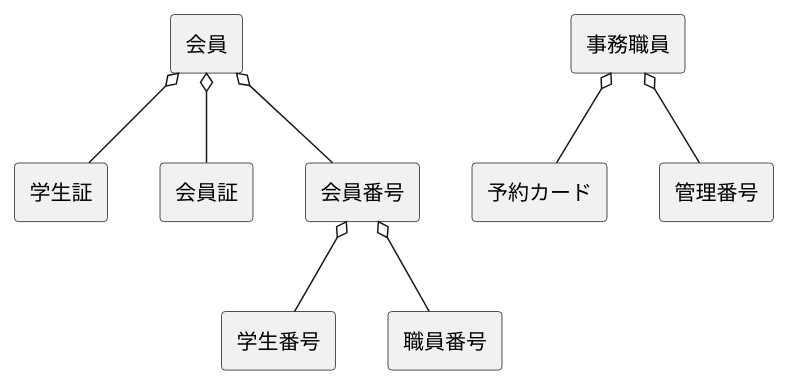
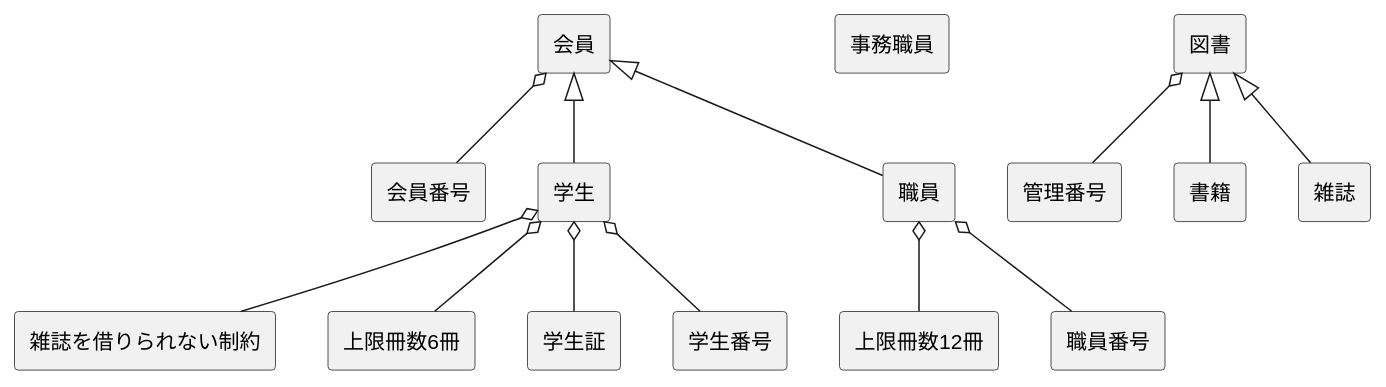
Before and after one commit to FujikawaHirono0520/group3_1_dogdog: the diagram in kouka/domain.pu, drawn with PlantUML.

```diff
--- a/kouka/domain.pu
+++ b/kouka/domain.pu
@@ -1,13 +1,21 @@
 @startuml 大原情報科学大学・図書館システムドメインモデル図
 skinparam componentStyle rectangle
-[会員] o-- [学生証]
-[会員] o-- [会員証]
 [会員] o-- [会員番号]
+[会員] <|-- [学生]
+[会員] <|-- [職員]
 
-[会員番号] o-- [学生番号]
-[会員番号] o-- [職員番号]
+[学生] o-- [雑誌を借りられない制約]
+[学生] o-- [上限冊数6冊]
+[学生] o-- [学生証]
+[学生] o-- [学生番号]
 
-[事務職員] o-- [予約カード]
-[事務職員] o-- [管理番号]
+[職員] o-- [上限冊数12冊]
+[職員] o-- [職員番号]
+
+[事務職員]
+
+[図書] o-- [管理番号]
+[図書] <|-- [書籍]
+[図書] <|-- [雑誌]
 
 @enduml
```
